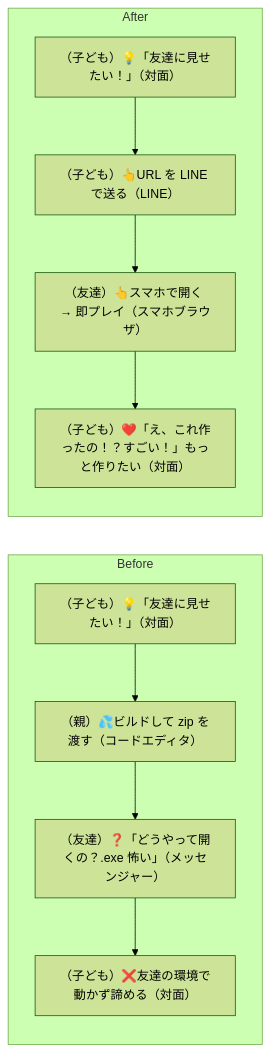
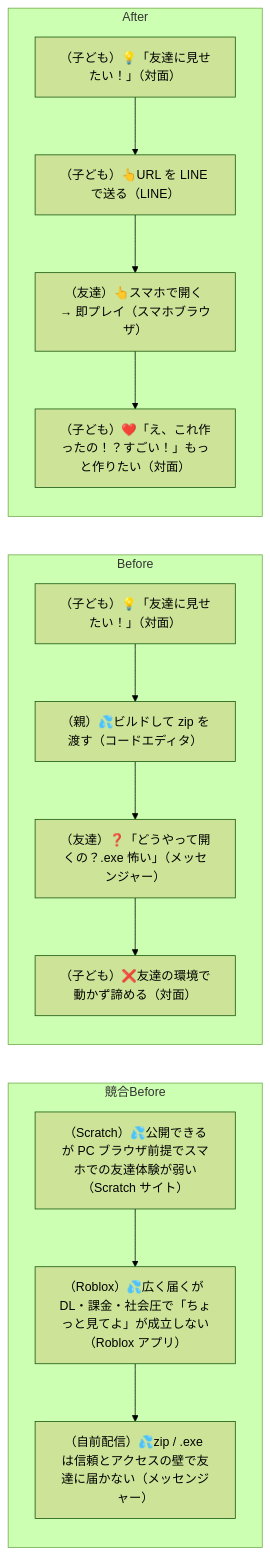
Diagram 22 of 42 in docs/customer-journeys.md (tatsuro-ueda/code-quest-pyxel), drawn with Mermaid (forest theme) before and after one commit. The commit also changed other lines of this file, not shown here.

````diff
--- a/docs/customer-journeys.md
+++ b/docs/customer-journeys.md
@@ -710,15 +710,20 @@
 ```mermaid
 flowchart LR
+    subgraph Competitor["競合Before"]
+        C1[（Scratch）💦公開できるが PC ブラウザ前提でスマホでの友達体験が弱い（Scratch サイト）]
+        C1 --> C2[（Roblox）💦広く届くが DL・課金・社会圧で「ちょっと見てよ」が成立しない（Roblox アプリ）]
+        C2 --> C3[（自前配信）💦zip / .exe は信頼とアクセスの壁で友達に届かない（メッセンジャー）]
+    end
     subgraph Before["Before"]
         B1[（子ども）💡「友達に見せたい！」（対面）]
         B1 --> B2[（親）💦ビルドして zip を渡す（コードエディタ）]
         B2 --> B3[（友達）❓「どうやって開くの？.exe 怖い」（メッセンジャー）]
         B3 --> B4[（子ども）❌友達の環境で動かず諦める（対面）]
     end
     subgraph After["After"]
         A1[（子ども）💡「友達に見せたい！」（対面）]
         A1 --> A2[（子ども）👆URL を LINE で送る（LINE）]
         A2 --> A3[（友達）👆スマホで開く → 即プレイ（スマホブラウザ）]
         A3 --> A4[（子ども）❤️「え、これ作ったの！？すごい！」もっと作りたい（対面）]
     end
 ```
````
